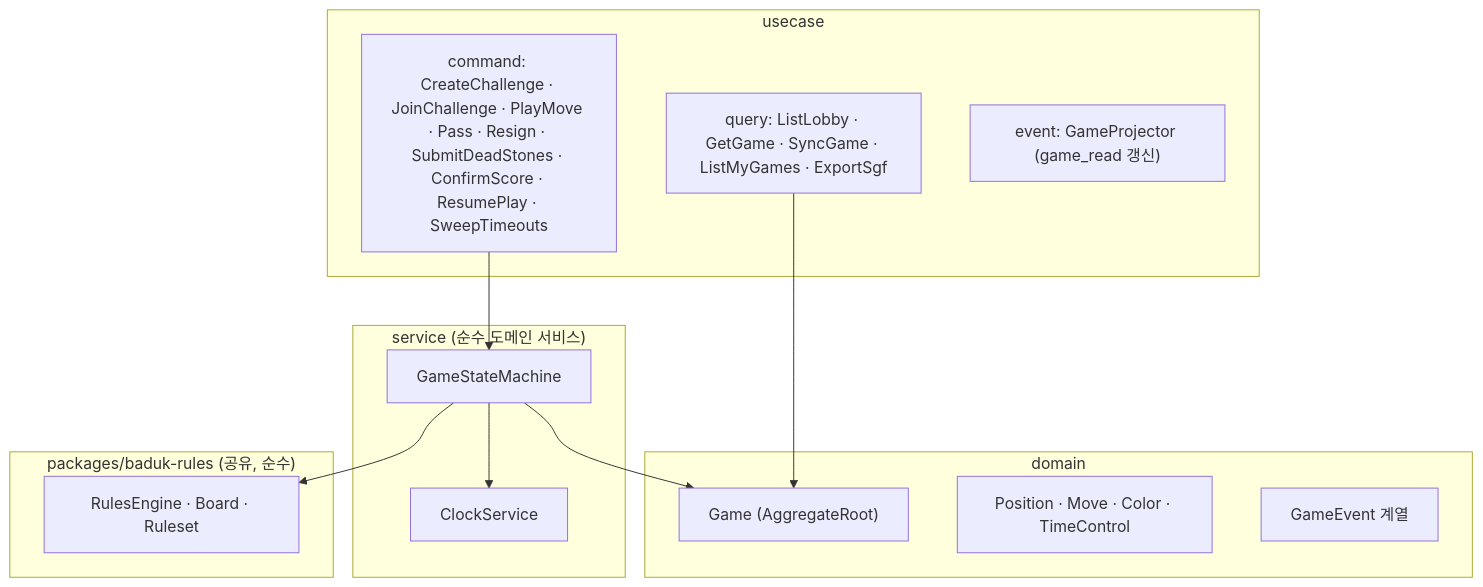
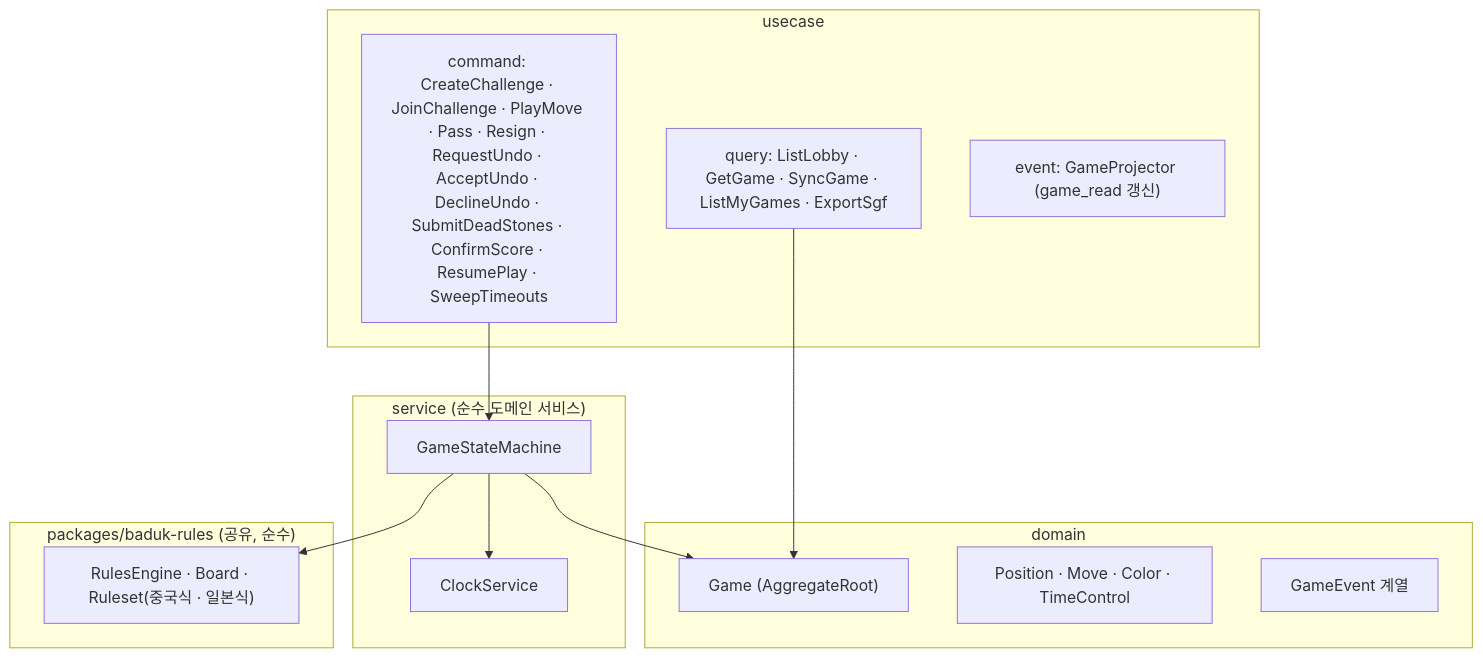
The third of 21 diagrams in docs/design/phases/01-baduk.md (1985jwlee/portpolio_backend), drawn with Mermaid before and after one commit. The commit also changed other lines of this file and 32 other files, not shown here.

````diff
--- a/docs/design/phases/01-baduk.md
+++ b/docs/design/phases/01-baduk.md
@@ -90,25 +90,25 @@
 ```mermaid
 flowchart TB
     subgraph usecase["usecase"]
-        CMD["command: CreateChallenge · JoinChallenge · PlayMove · Pass · Resign · SubmitDeadStones · ConfirmScore · ResumePlay · SweepTimeouts"]
+        CMD["command: CreateChallenge · JoinChallenge · PlayMove · Pass · Resign · RequestUndo · AcceptUndo · DeclineUndo · SubmitDeadStones · ConfirmScore · ResumePlay · SweepTimeouts"]
         QRY["query: ListLobby · GetGame · SyncGame · ListMyGames · ExportSgf"]
         EVT["event: GameProjector (game_read 갱신)"]
     end
     subgraph service["service (순수 도메인 서비스)"]
         GS["GameStateMachine"]
         CL["ClockService"]
     end
     subgraph domain["domain"]
         AG["Game (AggregateRoot)"]
         VO["Position · Move · Color · TimeControl"]
         EV2["GameEvent 계열"]
     end
     subgraph pkg["packages/baduk-rules (공유, 순수)"]
-        RE["RulesEngine · Board · Ruleset"]
+        RE["RulesEngine · Board · Ruleset(중국식 · 일본식)"]
     end
     CMD --> GS
     GS --> RE
     GS --> CL
     GS --> AG
     QRY --> AG
 ```
````
